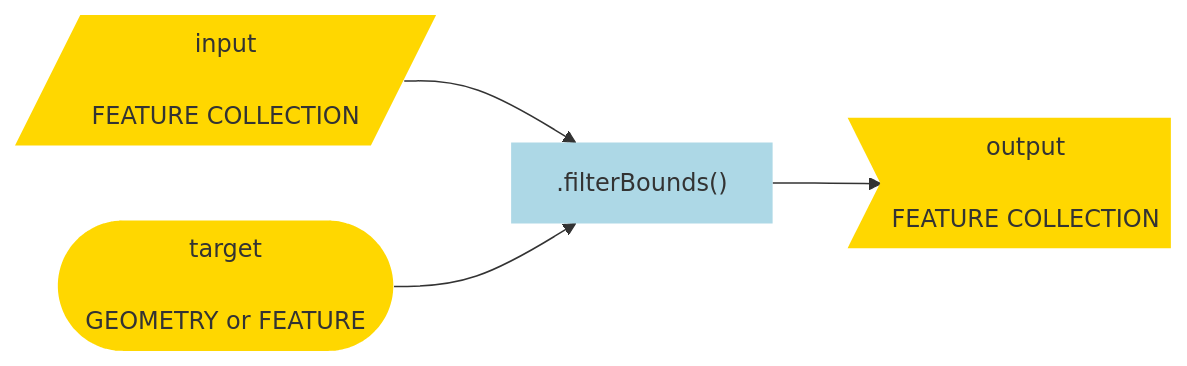
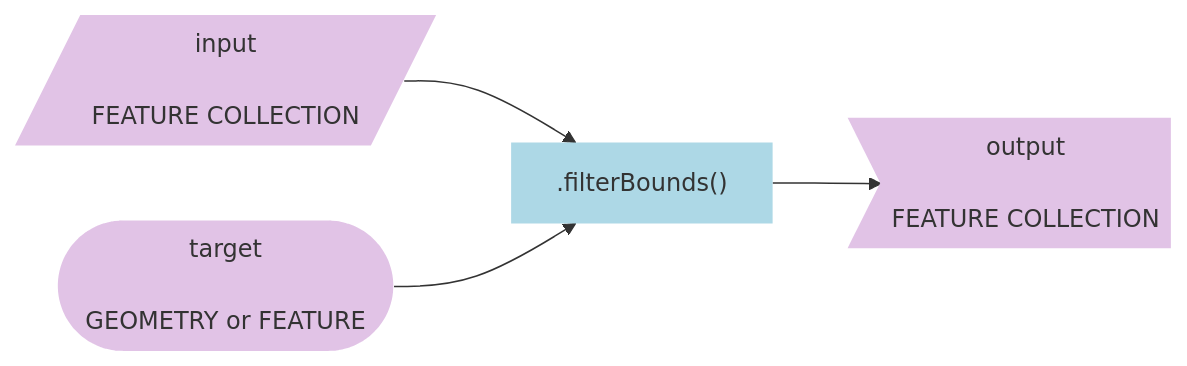
One commit to jeffhowarth/eeprimer changed diagram 14 of 17 in src/workflows/grassland_bird_habitat.md. Above: the diagram before and after it, drawn with Mermaid. The commit also changed other lines of this file and 5 other files, not shown here.

````diff
--- a/src/workflows/grassland_bird_habitat.md
+++ b/src/workflows/grassland_bird_habitat.md
@@ -599,12 +601,12 @@
 ``` mermaid
 graph LR
   input[/input\n\nFEATURE COLLECTION/] --> method2[".filterBounds()"];
   method2 --> output>output\n\nFEATURE COLLECTION];
 
   arg_att1([target\n\nGEOMETRY or FEATURE]) --> method2;
 
-  style input fill:#FFD700,stroke-width:0px  
+  style input fill:#E1C3E6,stroke-width:0px  
   style method2 fill:#ADD8E6,stroke-width:0px
-  style output fill:#FFD700,stroke-width:0px
-  style arg_att1 fill:#FFD700,stroke-width:0px
+  style output fill:#E1C3E6,stroke-width:0px
+  style arg_att1 fill:#E1C3E6,stroke-width:0px
 ```
````
